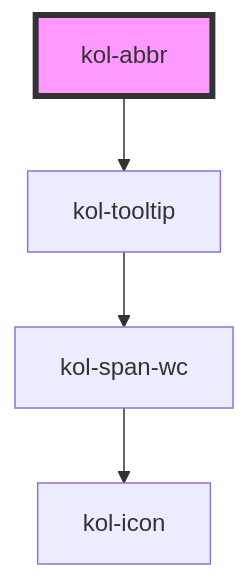
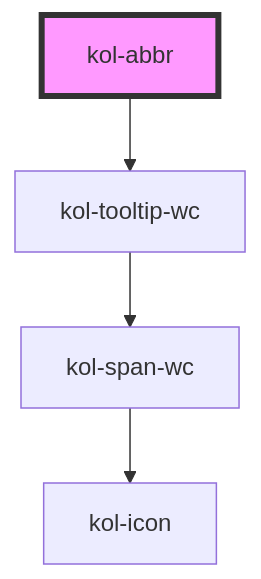
Before and after one commit to public-ui/kolibri: the diagram in packages/components/src/components/abbr/readme.md, drawn with Mermaid. The commit also changed other lines of this file and 99 other files, not shown here.

````diff
--- a/packages/components/src/components/abbr/readme.md
+++ b/packages/components/src/components/abbr/readme.md
@@ -67,7 +67,7 @@
 ```mermaid
 graph TD;
-  kol-abbr --> kol-tooltip
-  kol-tooltip --> kol-span-wc
+  kol-abbr --> kol-tooltip-wc
+  kol-tooltip-wc --> kol-span-wc
   kol-span-wc --> kol-icon
   style kol-abbr fill:#f9f,stroke:#333,stroke-width:4px
 ```
````
